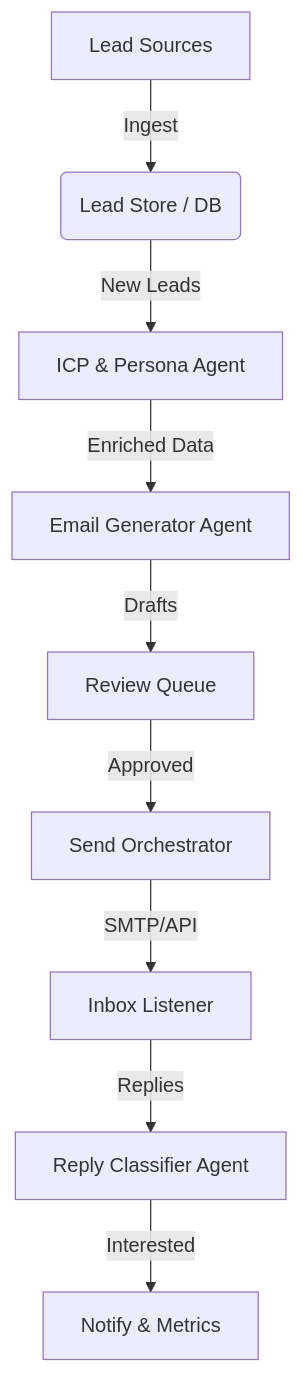
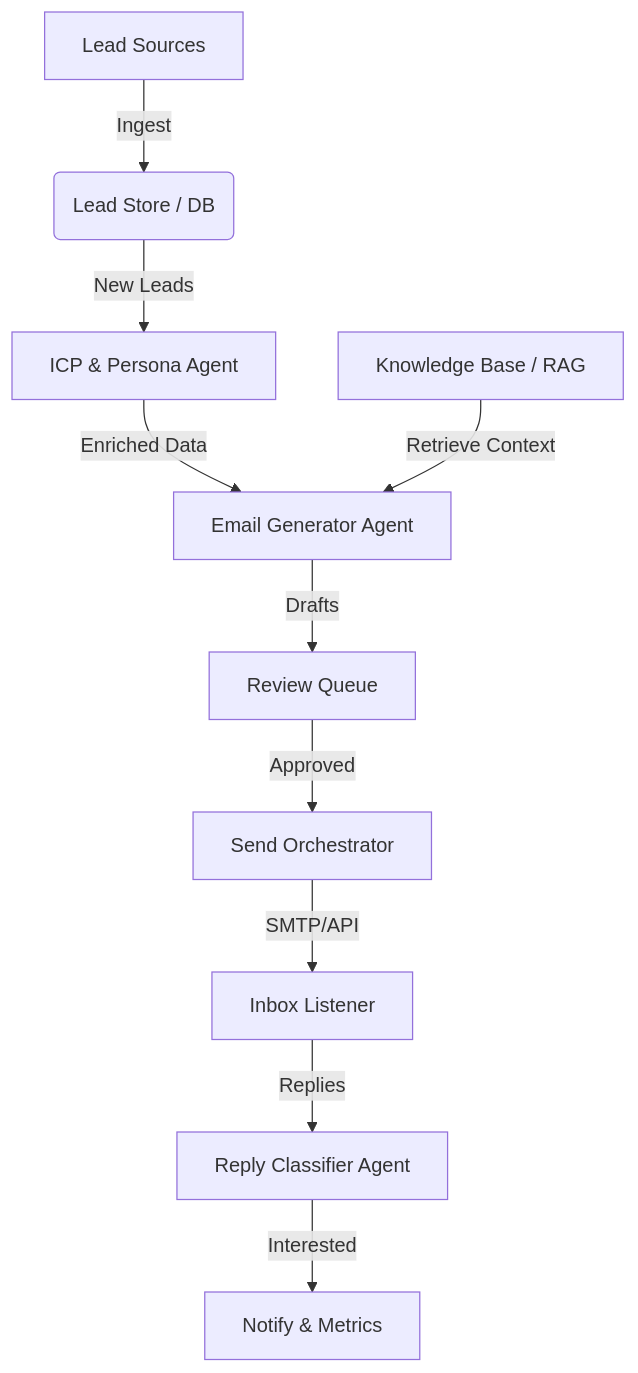
The diagram in README.md (j112929/AI_GTM_Agent), drawn with Mermaid before and after one commit. The commit also changed other lines of this file and 5 other files, not shown here.

````diff
--- a/README.md
+++ b/README.md
@@ -38,11 +39,12 @@
 ```mermaid
 graph TD
     A[Lead Sources] -->|Ingest| B(Lead Store / DB)
     B -->|New Leads| C[ICP & Persona Agent]
     C -->|Enriched Data| D[Email Generator Agent]
+    K[Knowledge Base / RAG] -->|Retrieve Context| D
     D -->|Drafts| E[Review Queue]
     E -->|Approved| F[Send Orchestrator]
     F -->|SMTP/API| G[Inbox Listener]
     G -->|Replies| H[Reply Classifier Agent]
     H -->|Interested| I[Notify & Metrics]
 ```
````
